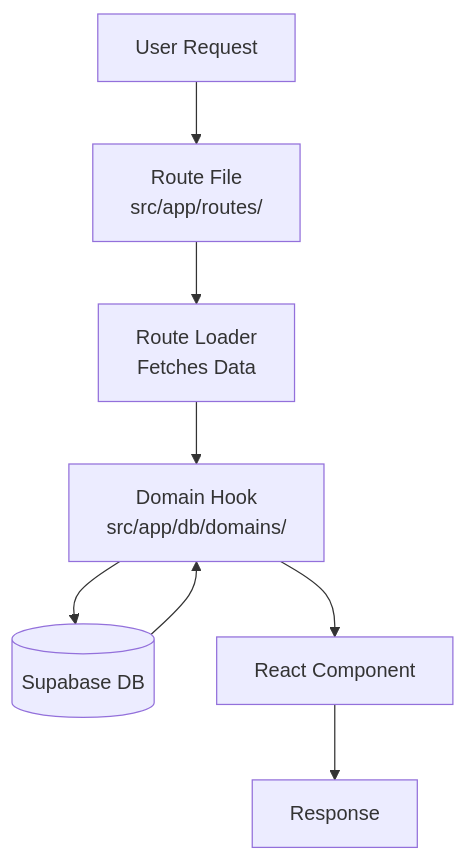
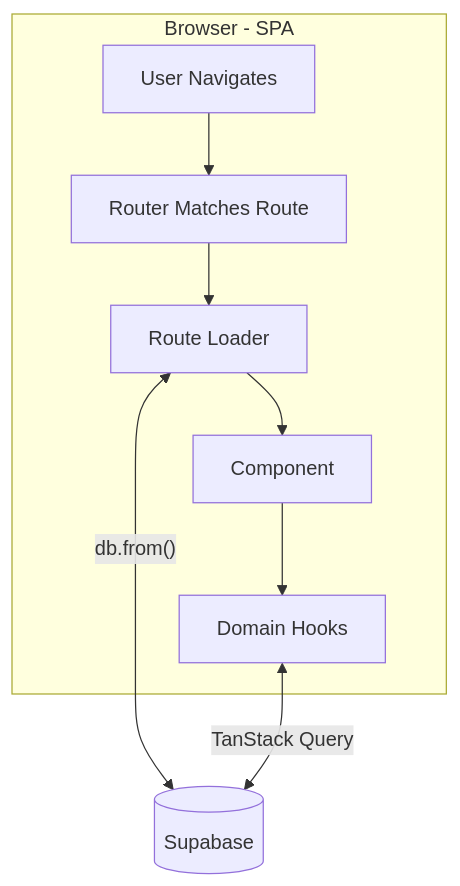
The diagram in docs/architecture.md (ndelangen/tanstack-start), drawn with Mermaid before and after one commit. The commit also changed other lines of this file and 7 other files, not shown here.

Commit message:
Update documentation for architecture, authentication, data layer, and membership. Streamline content by consolidating examples and removing redundant sections. Enhance clarity on routing and state management practices.

````diff
--- a/docs/architecture.md
+++ b/docs/architecture.md
@@ -5,10 +5,11 @@
 ```mermaid
 flowchart TD
-    Request[User Request] --> Route[Route File<br/>src/app/routes/]
-    Route --> Loader[Route Loader<br/>Fetches Data]
-    Loader --> DomainHook[Domain Hook<br/>src/app/db/domains/]
-    DomainHook --> DB[(Supabase DB)]
-    DB --> DomainHook
-    DomainHook --> Component[React Component]
-    Component --> Response[Response]
+    subgraph Browser [Browser - SPA]
+        Nav[User Navigates] --> Router[Router Matches Route]
+        Router --> Loader[Route Loader]
+        Loader --> Component[Component]
+        Component --> DomainHooks[Domain Hooks]
+    end
+    Loader <-->|"db.from()"| Supabase[(Supabase)]
+    DomainHooks <-->|"TanStack Query"| Supabase
 ```
````
